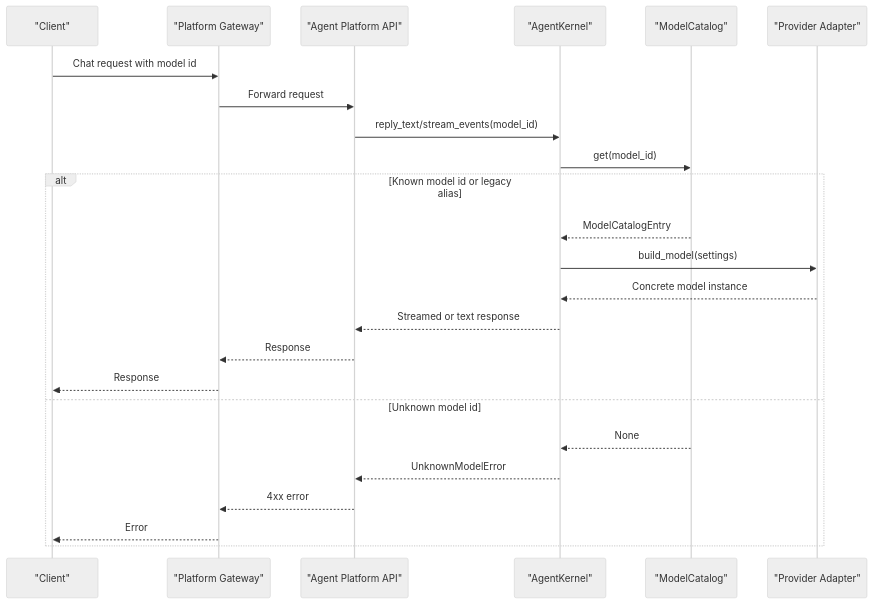
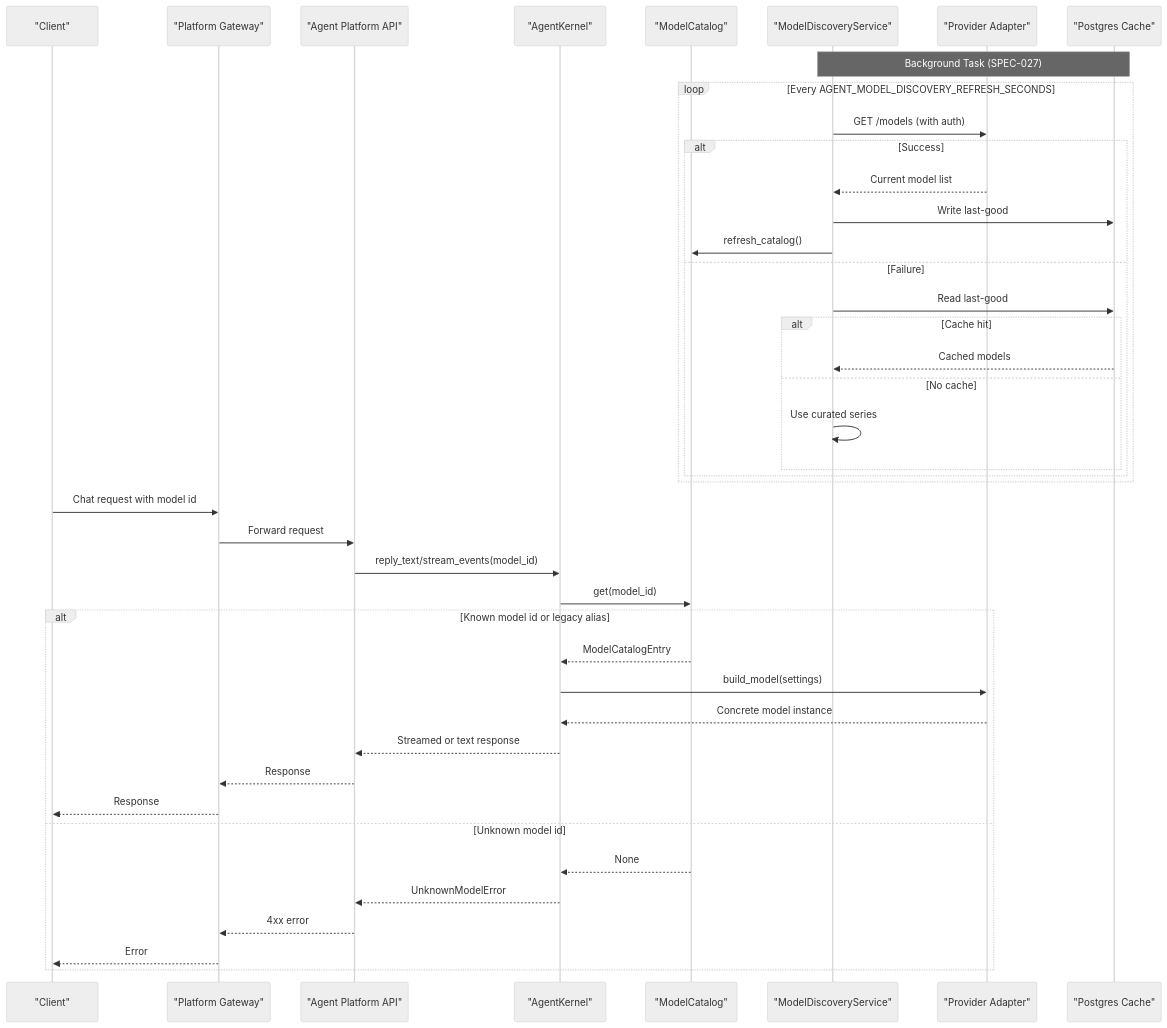
Before and after one commit to metasync/luban-aiops: the second of 8 diagrams in .qoder/repowiki/en/content/Architecture Documentation/SPEC-026_ Multi-Model Runtime Catalog.md, drawn with Mermaid (neutral theme). The commit also changed other lines of this file and 7 other files, not shown here.

````diff
--- a/.qoder/repowiki/en/content/Architecture Documentation/SPEC-026_ Multi-Model Runtime Catalog.md
+++ b/.qoder/repowiki/en/content/Architecture Documentation/SPEC-026_ Multi-Model Runtime Catalog.md
@@ -120,26 +154,44 @@
 ```mermaid
 sequenceDiagram
 participant Client as "Client"
 participant Gateway as "Platform Gateway"
 participant AgentAPI as "Agent Platform API"
 participant Kernel as "AgentKernel"
 participant Catalog as "ModelCatalog"
+participant Discovery as "ModelDiscoveryService"
 participant Provider as "Provider Adapter"
+participant Postgres as "Postgres Cache"
+Note over Discovery,Postgres : Background Task (SPEC-027)
+loop Every AGENT_MODEL_DISCOVERY_REFRESH_SECONDS
+Discovery->>Provider : GET /models (with auth)
+alt Success
+Provider-->>Discovery : Current model list
+Discovery->>Postgres : Write last-good
+Discovery->>Catalog : refresh_catalog()
+else Failure
+Discovery->>Postgres : Read last-good
+alt Cache hit
+Postgres-->>Discovery : Cached models
+else No cache
+Discovery->>Discovery : Use curated series
+end
+end
+end
 Client->>Gateway : Chat request with model id
 Gateway->>AgentAPI : Forward request
 AgentAPI->>Kernel : reply_text/stream_events(model_id)
 Kernel->>Catalog : get(model_id)
 alt Known model id or legacy alias
 Catalog-->>Kernel : ModelCatalogEntry
 Kernel->>Provider : build_model(settings)
 Provider-->>Kernel : Concrete model instance
 Kernel-->>AgentAPI : Streamed or text response
 AgentAPI-->>Gateway : Response
 Gateway-->>Client : Response
 else Unknown model id
 Catalog-->>Kernel : None
 Kernel-->>AgentAPI : UnknownModelError
 AgentAPI-->>Gateway : 4xx error
 Gateway-->>Client : Error
 end
 ```
````
